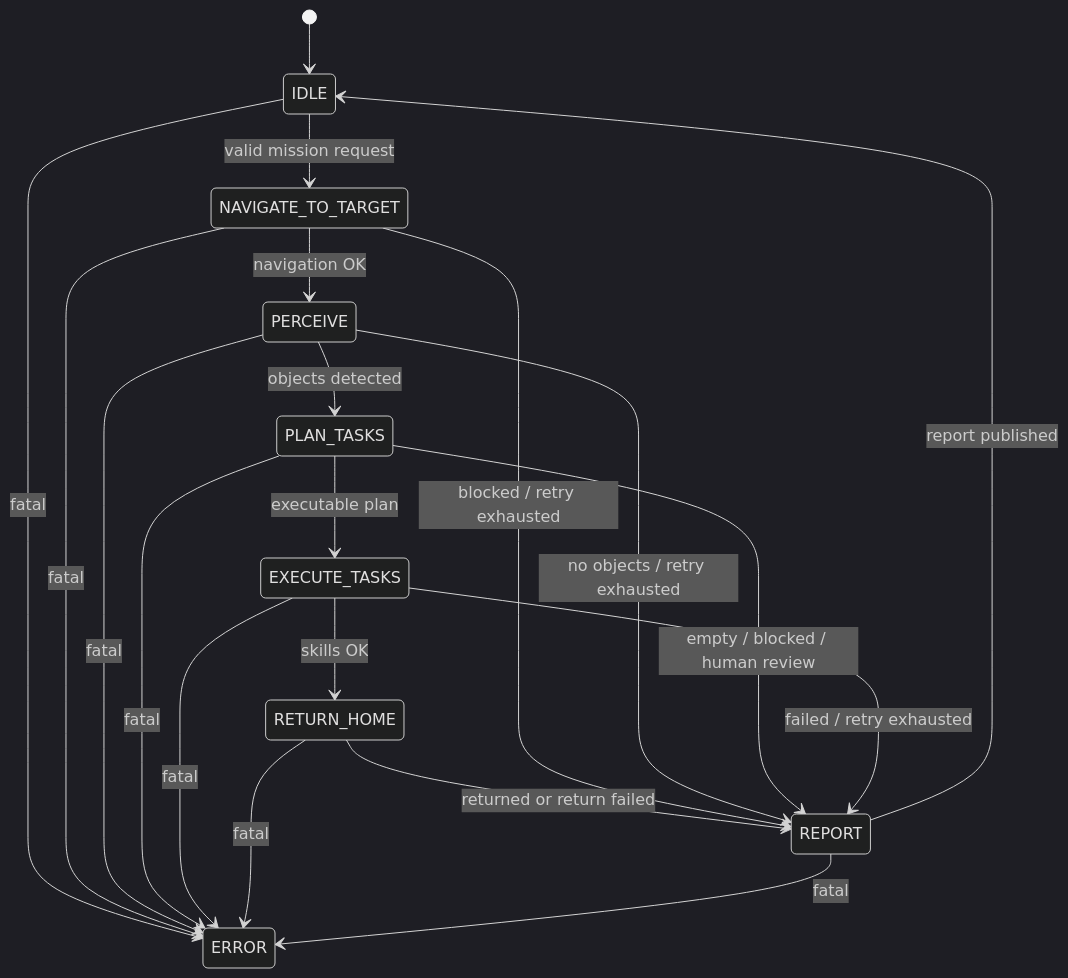
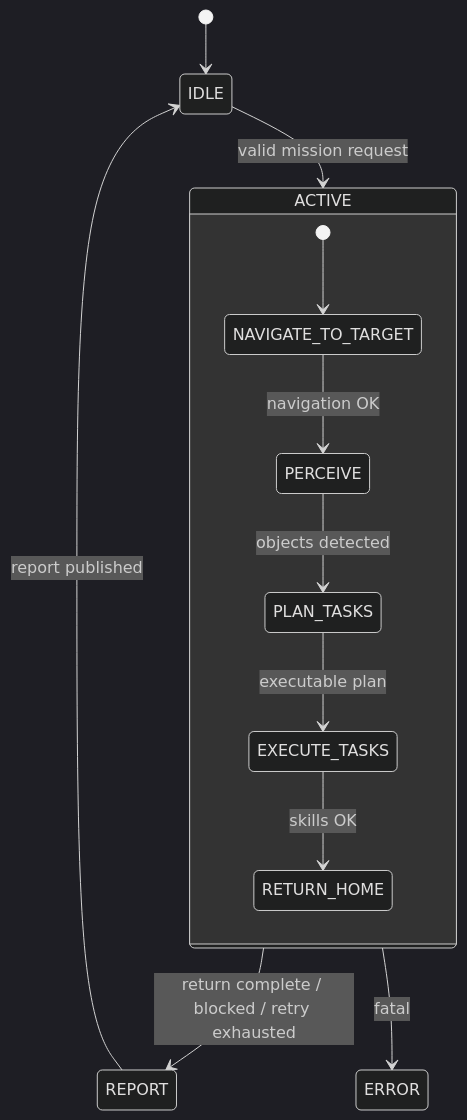
Before and after one commit to park-csu/cleany: the third of 4 diagrams in ros2_ws/src/cleany_mission_manager/README.md, drawn with Mermaid (dark theme). The commit also changed other lines of this file, not shown here.

Commit message:
docs(mission_manager): simplify FSM diagram and fix stale transitions
Collapse the fatal-transition fan-out into a single ACTIVE composite
state, move per-state early-exit conditions into a table, and correct
two edges that no longer matched the implementation: IDLE/REPORT never
transition to ERROR, and skip/human_review tasks don't short-circuit
PLAN_TASKS to REPORT (they flow through EXECUTE_TASKS and are resolved
in the REPORT status priority logic).

Claude-Session: https://claude.ai/code/session_018P6dvRuyBdqq3PdhcZ5UXP

````diff
--- a/ros2_ws/src/cleany_mission_manager/README.md
+++ b/ros2_ws/src/cleany_mission_manager/README.md
@@ -83,24 +83,17 @@
 ```mermaid
 stateDiagram-v2
     [*] --> IDLE
-    IDLE --> NAVIGATE_TO_TARGET: valid mission request
-    NAVIGATE_TO_TARGET --> PERCEIVE: navigation OK
-    PERCEIVE --> PLAN_TASKS: objects detected
-    PLAN_TASKS --> EXECUTE_TASKS: executable plan
-    EXECUTE_TASKS --> RETURN_HOME: skills OK
-    RETURN_HOME --> REPORT: returned or return failed
+    IDLE --> ACTIVE: valid mission request
     REPORT --> IDLE: report published
 
-    IDLE --> ERROR: fatal
-    NAVIGATE_TO_TARGET --> ERROR: fatal
-    PERCEIVE --> ERROR: fatal
-    PLAN_TASKS --> ERROR: fatal
-    EXECUTE_TASKS --> ERROR: fatal
-    RETURN_HOME --> ERROR: fatal
-    REPORT --> ERROR: fatal
+    state ACTIVE {
+        [*] --> NAVIGATE_TO_TARGET
+        NAVIGATE_TO_TARGET --> PERCEIVE: navigation OK
+        PERCEIVE --> PLAN_TASKS: objects detected
+        PLAN_TASKS --> EXECUTE_TASKS: executable plan
+        EXECUTE_TASKS --> RETURN_HOME: skills OK
+    }
 
-    NAVIGATE_TO_TARGET --> REPORT: blocked / retry exhausted
-    PERCEIVE --> REPORT: no objects / retry exhausted
-    PLAN_TASKS --> REPORT: empty / blocked / human review
-    EXECUTE_TASKS --> REPORT: failed / retry exhausted
+    ACTIVE --> REPORT: return complete / blocked / retry exhausted
+    ACTIVE --> ERROR: fatal
 ```
````
